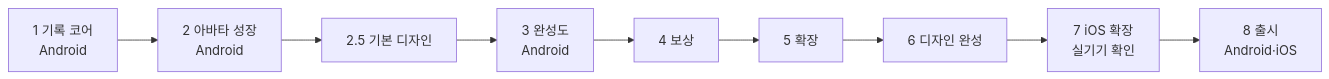
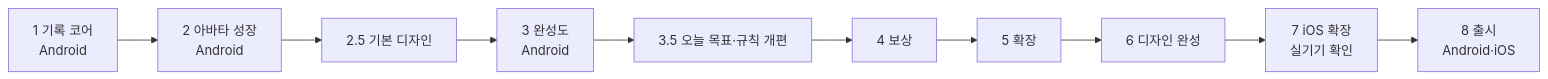
Before and after one commit to dhkim1522/runmagochi: the diagram in docs/roadmap.md, drawn with Mermaid. The commit also changed other lines of this file and 7 other files, not shown here.

````diff
--- a/docs/roadmap.md
+++ b/docs/roadmap.md
@@ -13,11 +13,12 @@
 ```mermaid
 flowchart LR
     P1["1 기록 코어<br/>Android"] --> P2["2 아바타 성장<br/>Android"]
     P2 --> P25["2.5 기본 디자인"]
     P25 --> P3["3 완성도<br/>Android"]
-    P3 --> P4["4 보상"]
+    P3 --> P35["3.5 오늘 목표·규칙 개편"]
+    P35 --> P4["4 보상"]
     P4 --> P5["5 확장"]
     P5 --> P6["6 디자인 완성"]
     P6 --> P7["7 iOS 확장<br/>실기기 확인"]
     P7 --> P8["8 출시<br/>Android·iOS"]
 ```
````
